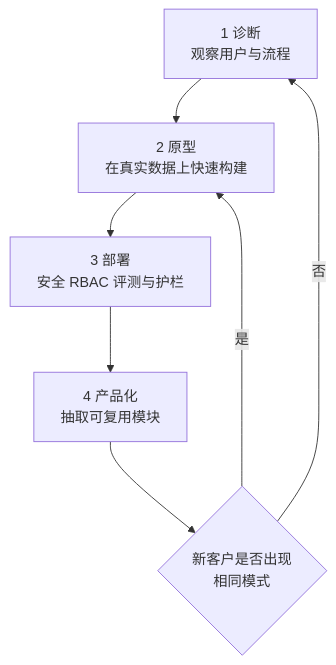
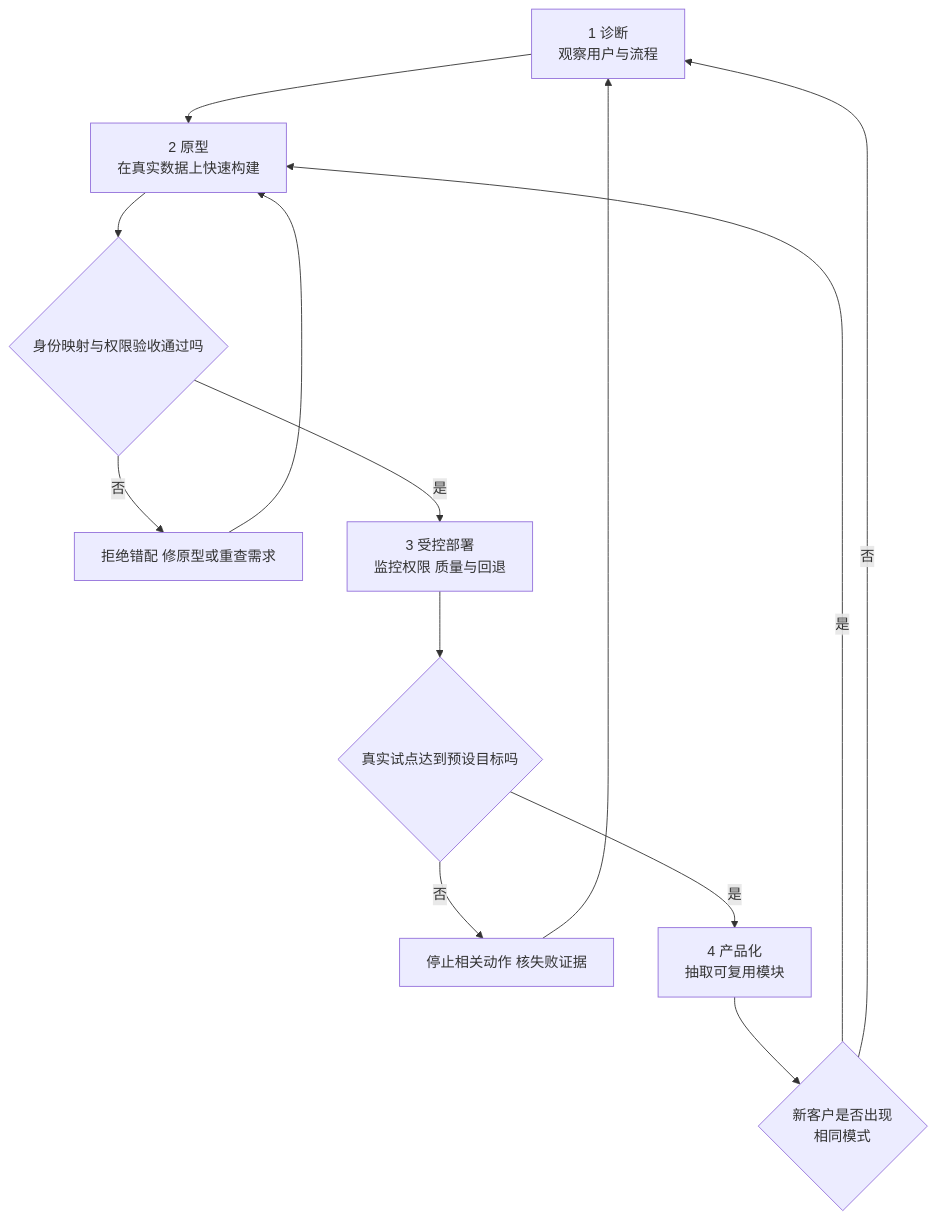
One commit to CercaTrovato/cityu-ai-course-notes changed the fourth of 6 diagrams in IS5542_GenAI_in_Business/notes/M05-Agentic-AI时代与FDE实践.md. Above: the diagram before and after it, drawn with Mermaid. The commit also changed other lines of this file and 2300 other files, not shown here.

First line of the commit message:
完善五课程逐页学习笔记、课件原图与修补规范

````diff
--- a/IS5542_GenAI_in_Business/notes/M05-Agentic-AI时代与FDE实践.md
+++ b/IS5542_GenAI_in_Business/notes/M05-Agentic-AI时代与FDE实践.md
@@ -575,9 +898,15 @@
 ```mermaid
 flowchart TD
     A[1 诊断<br/>观察用户与流程] --> B[2 原型<br/>在真实数据上快速构建]
-    B --> C[3 部署<br/>安全 RBAC 评测与护栏]
-    C --> D[4 产品化<br/>抽取可复用模块]
+    B --> P{身份映射与权限验收通过吗}
+    P -->|否| R[拒绝错配 修原型或重查需求]
+    R --> B
+    P -->|是| C[3 受控部署<br/>监控权限 质量与回退]
+    C --> T{真实试点达到预设目标吗}
+    T -->|否| Z[停止相关动作 核失败证据]
+    Z --> A
+    T -->|是| D[4 产品化<br/>抽取可复用模块]
     D --> E{新客户是否出现<br/>相同模式}
     E -- 是 --> B
     E -- 否 --> A
 ```
````
